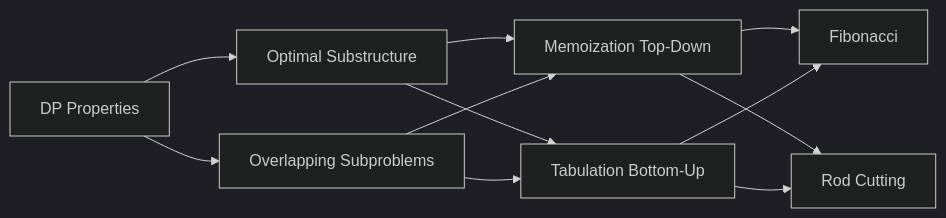
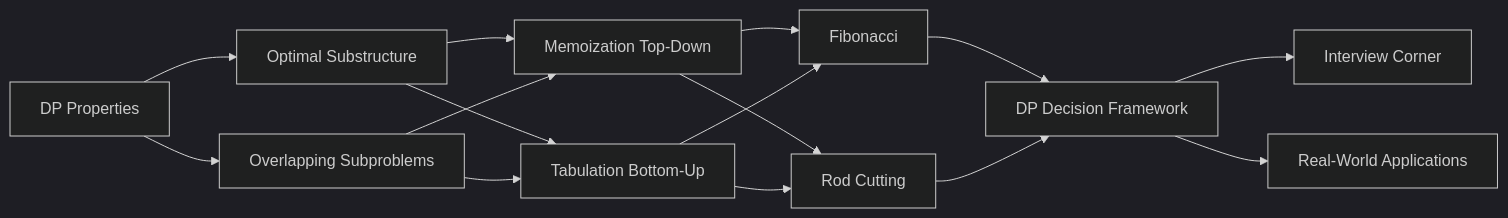
Before and after one commit to Raushan666java/ai-engineering-journey: the diagram in docs/courses/algorithms/07-dp-intro.md, drawn with Mermaid (dark theme). The commit also changed other lines of this file and 17 other files, not shown here.

````diff
--- a/docs/courses/algorithms/07-dp-intro.md
+++ b/docs/courses/algorithms/07-dp-intro.md
@@ -28,13 +39,17 @@
 ```mermaid
 flowchart LR
     A[DP Properties] --> B[Optimal Substructure]
     A --> C[Overlapping Subproblems]
     B --> D[Memoization Top-Down]
     C --> D
     B --> E[Tabulation Bottom-Up]
     C --> E
     D --> F[Fibonacci]
     D --> G[Rod Cutting]
     E --> F
     E --> G
+    F --> H[DP Decision Framework]
+    G --> H
+    H --> I[Interview Corner]
+    H --> J[Real-World Applications]
 ```
````
